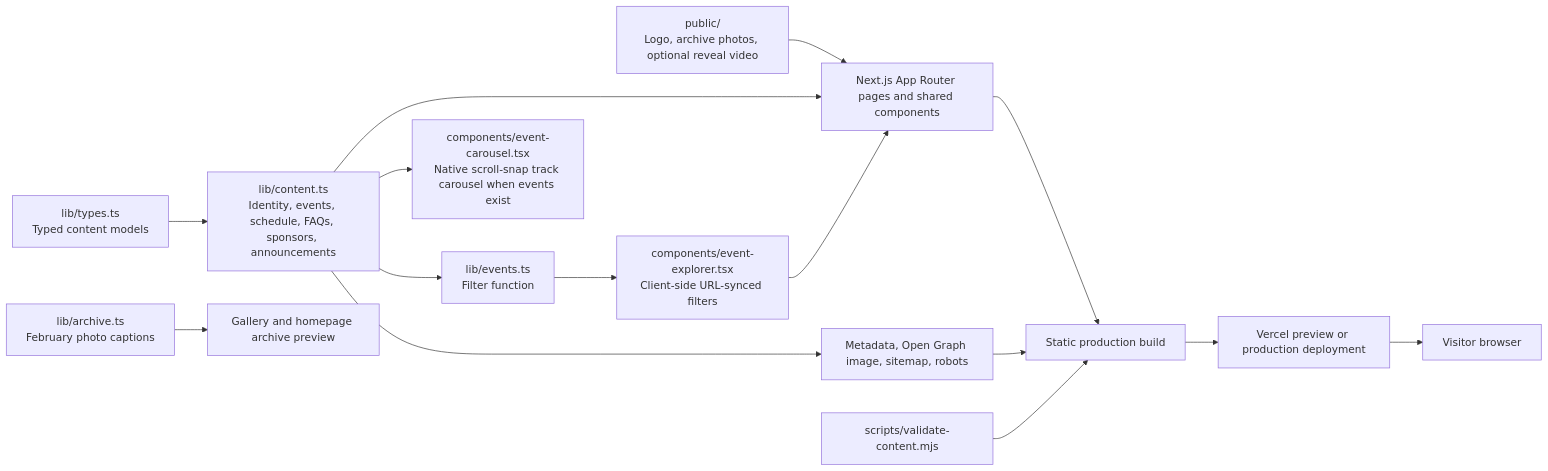
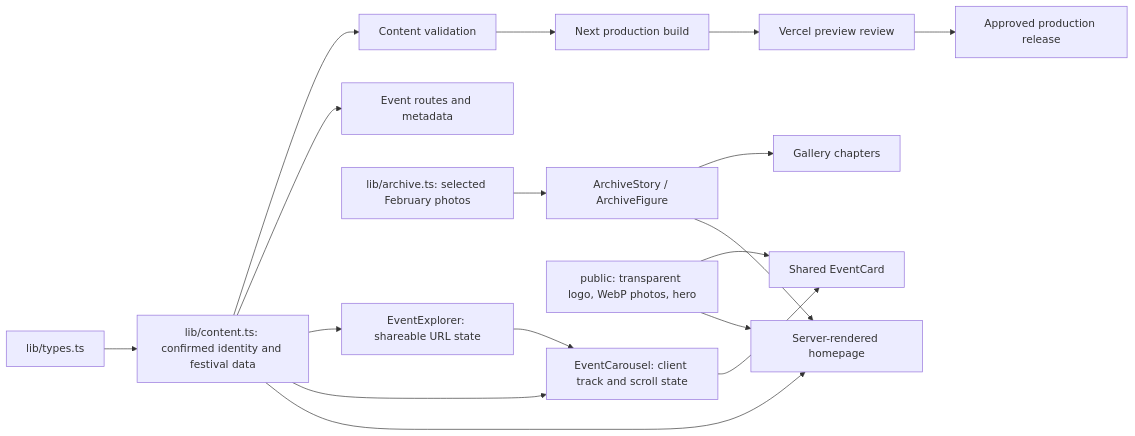
One commit to RamaChandra53/techkriti-website changed the second of 2 diagrams in docs/architecture.md. Above: the diagram before and after it, drawn with Mermaid. The commit also changed other lines of this file and 33 other files, not shown here.

````diff
--- a/docs/architecture.md
+++ b/docs/architecture.md
@@ -37,17 +30,19 @@
 ```mermaid
 flowchart LR
-    Types[lib/types.ts<br/>Typed content models] --> Content[lib/content.ts<br/>Identity, events, schedule, FAQs, sponsors, announcements]
-    ArchiveData[lib/archive.ts<br/>February photo captions] --> GalleryPage[Gallery and homepage archive preview]
-    Assets[public/<br/>Logo, archive photos, optional reveal video] --> Pages
-    Content --> Pages[Next.js App Router pages and shared components]
-    Content --> Filter[lib/events.ts<br/>Filter function]
-    Content --> CarouselUI[components/event-carousel.tsx<br/>Native scroll-snap track carousel when events exist]
-    Filter --> Explorer[components/event-explorer.tsx<br/>Client-side URL-synced filters]
-    Explorer --> Pages
-    Content --> Metadata[Metadata, Open Graph image, sitemap, robots]
-    Pages --> Build[Static production build]
-    Metadata --> Build
-    Validate[scripts/validate-content.mjs] --> Build
-    Build --> Vercel[Vercel preview or production deployment]
-    Vercel --> Browser[Visitor browser]
+    Types[lib/types.ts] --> Content[lib/content.ts: confirmed identity and festival data]
+    Content --> Home[Server-rendered homepage]
+    Content --> Carousel[EventCarousel: client track and scroll state]
+    Content --> Explorer[EventExplorer: shareable URL state]
+    Carousel --> Cards[Shared EventCard]
+    Explorer --> Carousel
+    Content --> Details[Event routes and metadata]
+    Archive[lib/archive.ts: selected February photos] --> Story[ArchiveStory / ArchiveFigure]
+    Story --> Home
+    Story --> Gallery[Gallery chapters]
+    Public[public: transparent logo, WebP photos, hero] --> Home
+    Public --> Cards
+    Content --> Validation[Content validation]
+    Validation --> Build[Next production build]
+    Build --> Preview[Vercel preview review]
+    Preview --> Production[Approved production release]
 ```
````
